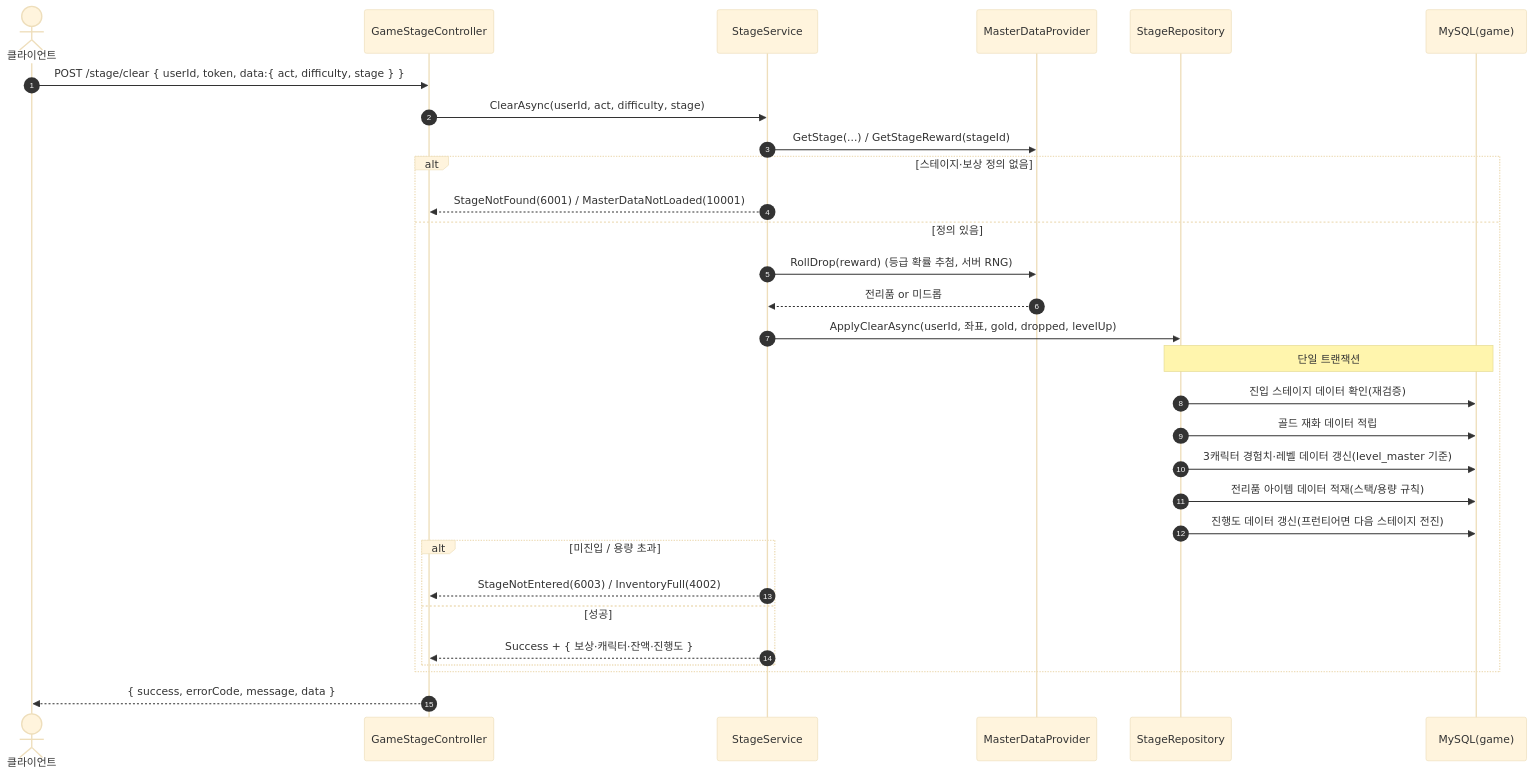
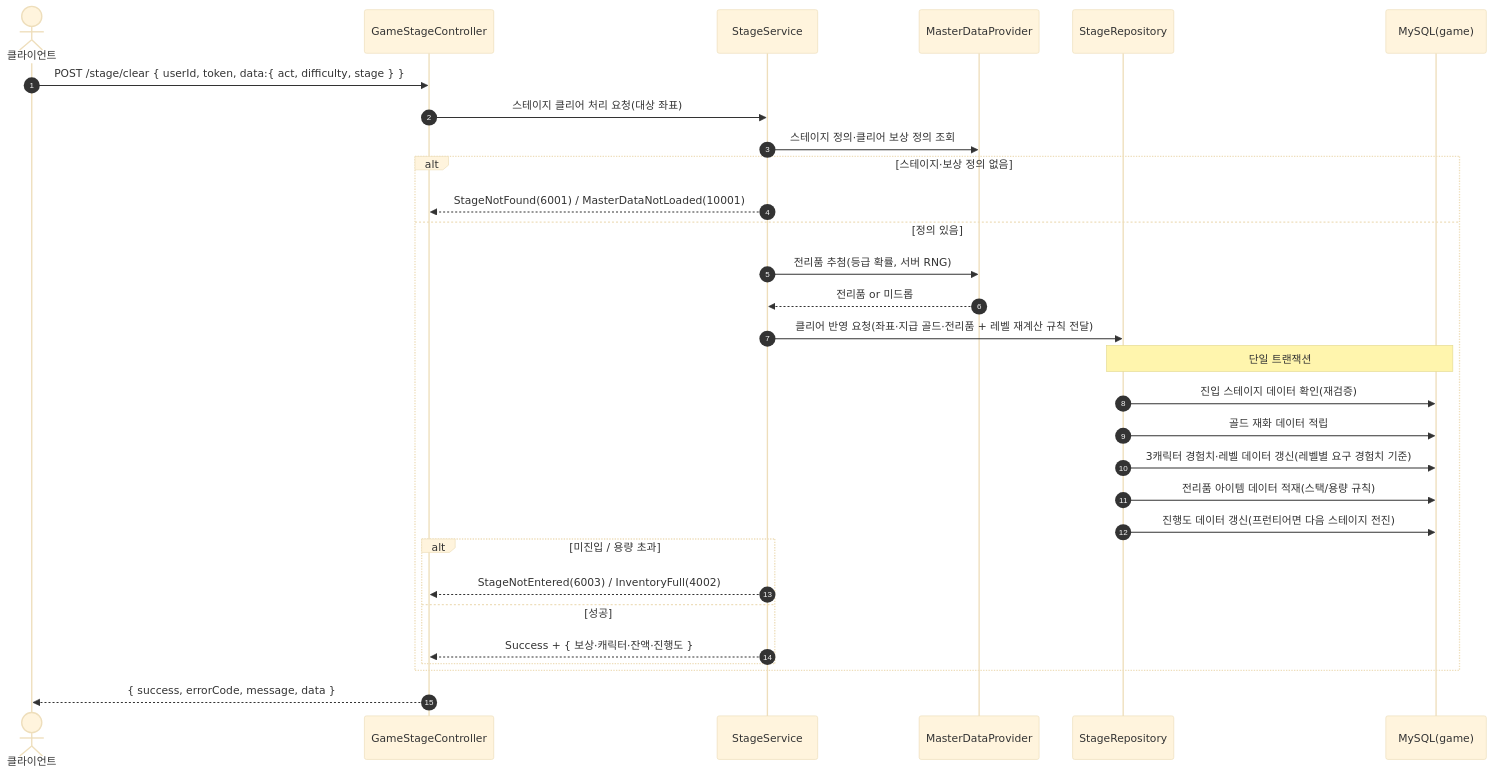
One commit to ks-wook/com2us-taskbar-hero changed the second of 2 diagrams in SequenceDiagram/GameStageController.md. Above: the diagram before and after it, drawn with Mermaid (base theme). The commit also changed other lines of this file and 7 other files, not shown here.

Commit message:
시퀀스 다이어그램 수정

````diff
--- a/SequenceDiagram/GameStageController.md
+++ b/SequenceDiagram/GameStageController.md
@@ -44,33 +44,33 @@
 ```mermaid
 sequenceDiagram
     autonumber
     actor C as 클라이언트
     participant Ctrl as GameStageController
     participant Svc as StageService
     participant MD as MasterDataProvider
     participant Repo as StageRepository
     participant DB as MySQL(game)
 
     C->>Ctrl: POST /stage/clear { userId, token, data:{ act, difficulty, stage } }
-    Ctrl->>Svc: ClearAsync(userId, act, difficulty, stage)
-    Svc->>MD: GetStage(...) / GetStageReward(stageId)
+    Ctrl->>Svc: 스테이지 클리어 처리 요청(대상 좌표)
+    Svc->>MD: 스테이지 정의·클리어 보상 정의 조회
     alt 스테이지·보상 정의 없음
         Svc-->>Ctrl: StageNotFound(6001) / MasterDataNotLoaded(10001)
     else 정의 있음
-        Svc->>MD: RollDrop(reward) (등급 확률 추첨, 서버 RNG)
+        Svc->>MD: 전리품 추첨(등급 확률, 서버 RNG)
         MD-->>Svc: 전리품 or 미드롭
-        Svc->>Repo: ApplyClearAsync(userId, 좌표, gold, dropped, levelUp)
+        Svc->>Repo: 클리어 반영 요청(좌표·지급 골드·전리품 + 레벨 재계산 규칙 전달)
         Note over Repo,DB: 단일 트랜잭션
         Repo->>DB: 진입 스테이지 데이터 확인(재검증)
         Repo->>DB: 골드 재화 데이터 적립
-        Repo->>DB: 3캐릭터 경험치·레벨 데이터 갱신(level_master 기준)
+        Repo->>DB: 3캐릭터 경험치·레벨 데이터 갱신(레벨별 요구 경험치 기준)
         Repo->>DB: 전리품 아이템 데이터 적재(스택/용량 규칙)
         Repo->>DB: 진행도 데이터 갱신(프런티어면 다음 스테이지 전진)
         alt 미진입 / 용량 초과
             Svc-->>Ctrl: StageNotEntered(6003) / InventoryFull(4002)
         else 성공
             Svc-->>Ctrl: Success + { 보상·캐릭터·잔액·진행도 }
         end
     end
     Ctrl-->>C: { success, errorCode, message, data }
 ```
````
